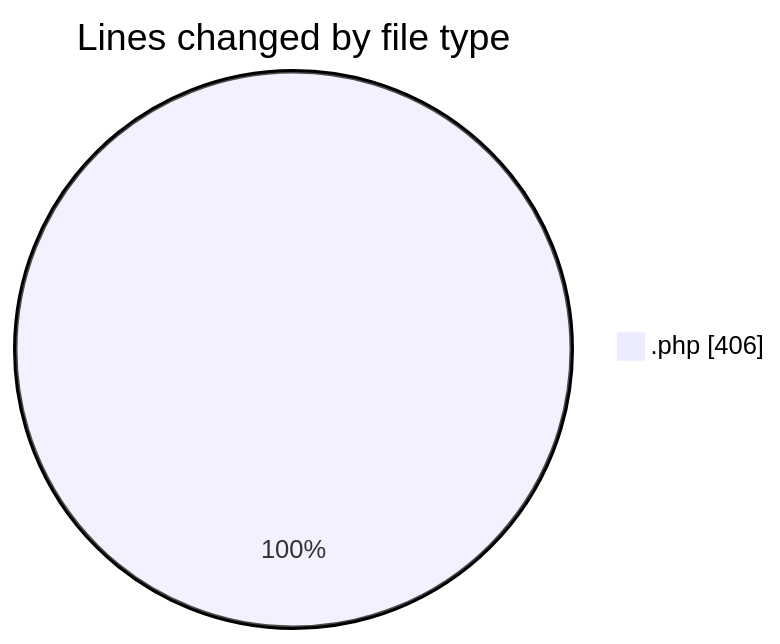
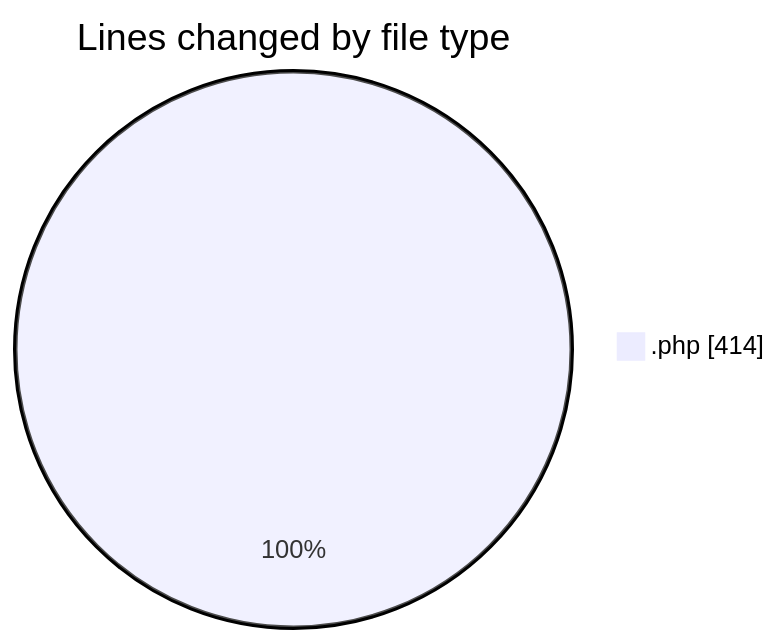
The first of 2 diagrams in 2025-04-07/oficina/README.md (LanceThiago/code-tracking), drawn with Mermaid before and after one commit. The commit also changed other lines of this file and 1 other file, not shown here.

````diff
--- a/2025-04-07/oficina/README.md
+++ b/2025-04-07/oficina/README.md
@@ -20,5 +20,5 @@
 ```mermaid
 pie showData
 title Lines changed by file type
-".php" : 406
+".php" : 414
 ```
````
